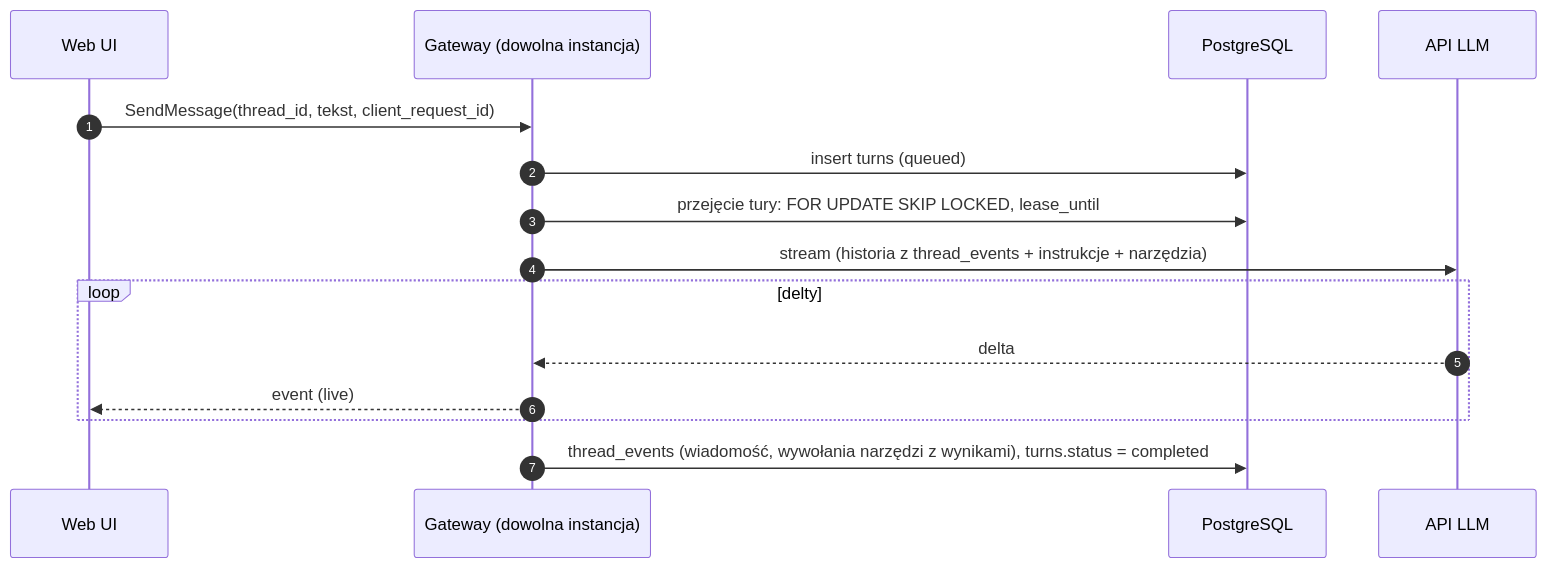
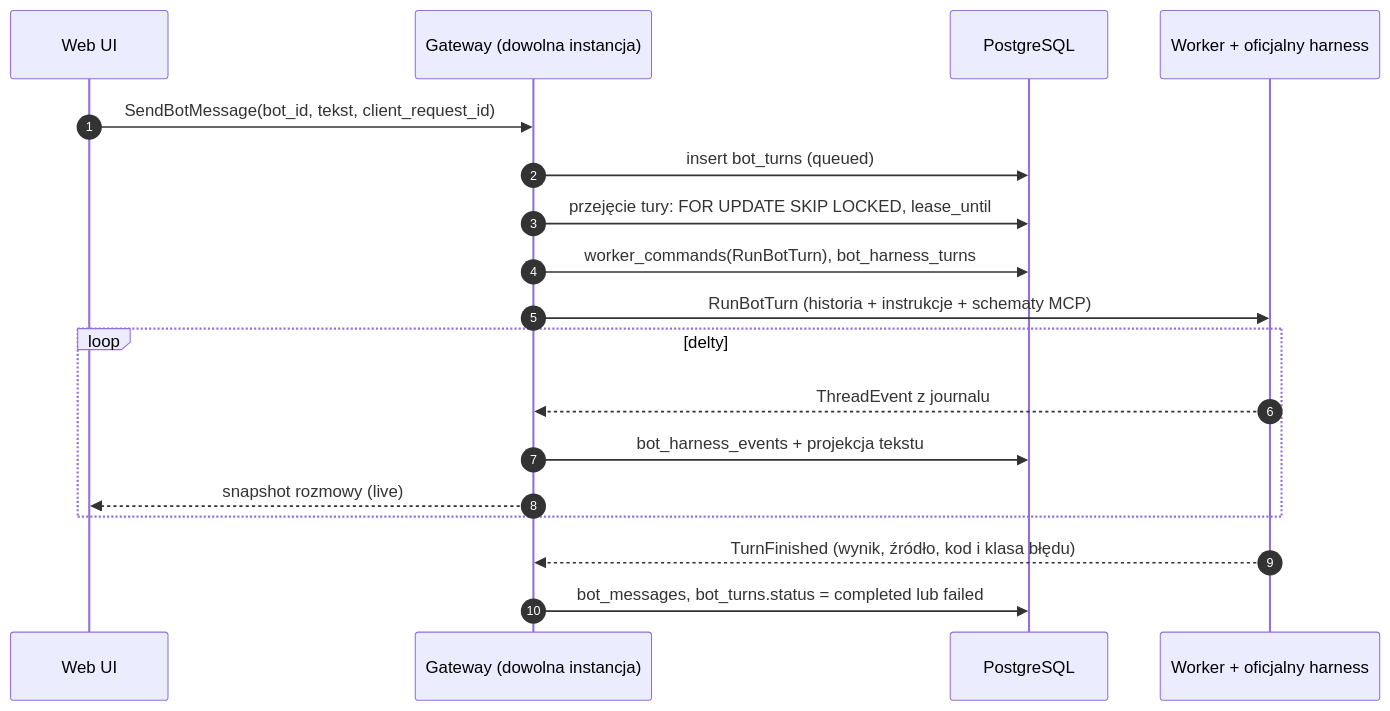
The fifth of 5 diagrams in docs/architecture.md (itsoltech/canopy), drawn with Mermaid before and after one commit. The commit also changed other lines of this file and 33 other files, not shown here.

````diff
--- a/docs/architecture.md
+++ b/docs/architecture.md
@@ -243,18 +243,21 @@
 ```mermaid
 sequenceDiagram
     autonumber
     participant UI as Web UI
     participant GW as Gateway (dowolna instancja)
     participant DB as PostgreSQL
-    participant LLM as API LLM
+    participant W as Worker + oficjalny harness
 
-    UI->>GW: SendMessage(thread_id, tekst, client_request_id)
-    GW->>DB: insert turns (queued)
+    UI->>GW: SendBotMessage(bot_id, tekst, client_request_id)
+    GW->>DB: insert bot_turns (queued)
     GW->>DB: przejęcie tury: FOR UPDATE SKIP LOCKED, lease_until
-    GW->>LLM: stream (historia z thread_events + instrukcje + narzędzia)
+    GW->>DB: worker_commands(RunBotTurn), bot_harness_turns
+    GW->>W: RunBotTurn (historia + instrukcje + schematy MCP)
     loop delty
-        LLM-->>GW: delta
-        GW-->>UI: event (live)
+        W-->>GW: ThreadEvent z journalu
+        GW->>DB: bot_harness_events + projekcja tekstu
+        GW-->>UI: snapshot rozmowy (live)
     end
-    GW->>DB: thread_events (wiadomość, wywołania narzędzi z wynikami), turns.status = completed
+    W-->>GW: TurnFinished (wynik, źródło, kod i klasa błędu)
+    GW->>DB: bot_messages, bot_turns.status = completed lub failed
 ```
````
